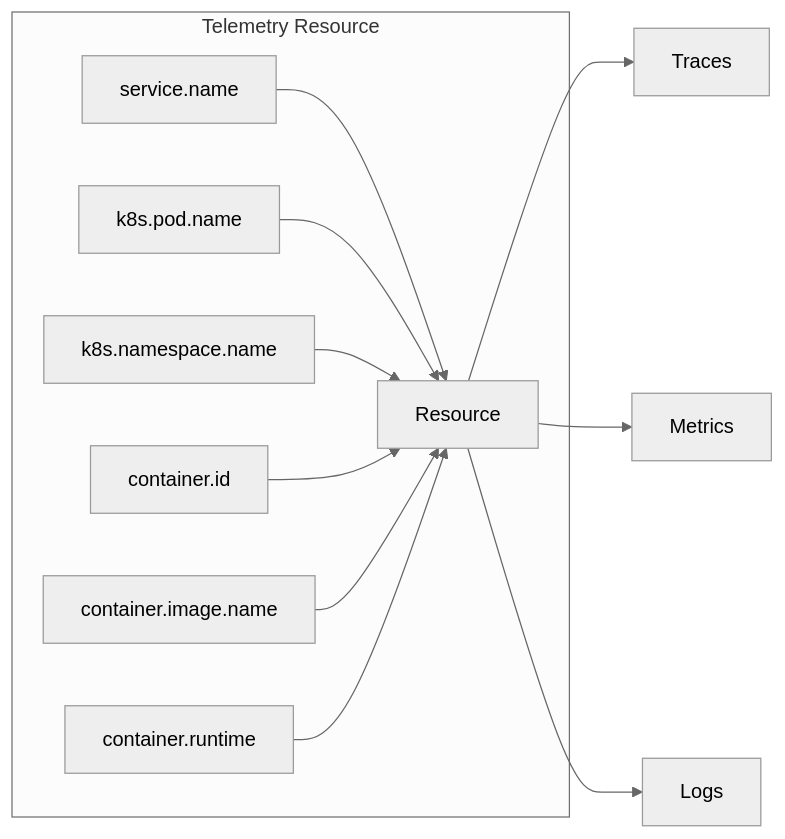
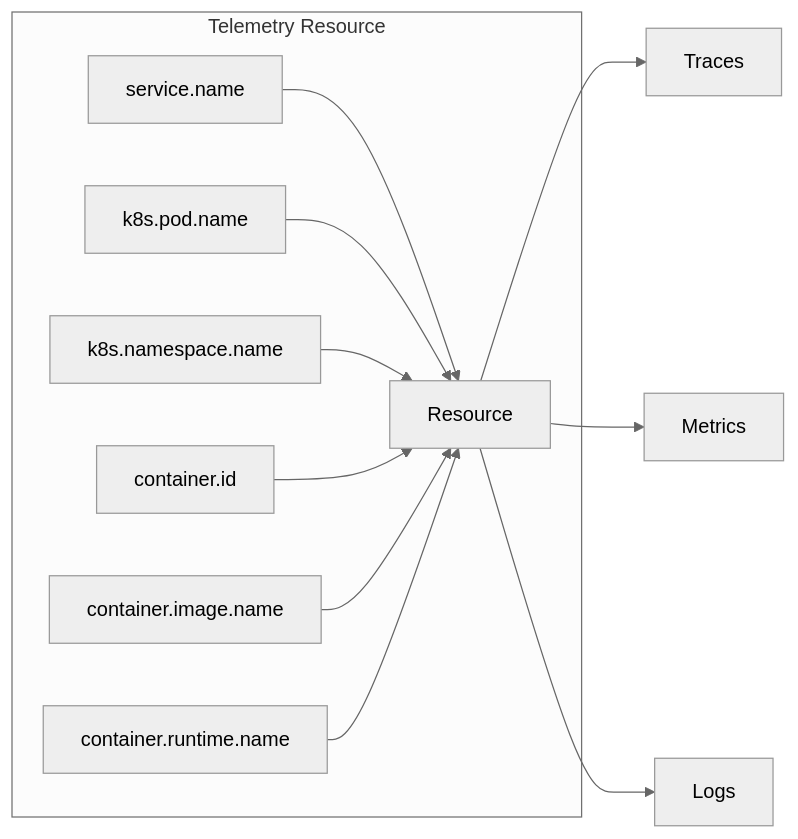
One commit to OneUptime/blog changed the first of 2 diagrams in posts/2026-02-06-container-runtime-semantic-conventions/README.md. Above: the diagram before and after it, drawn with Mermaid (neutral theme). The commit also changed other lines of this file and 2 other files, not shown here.

Commit message:
validate: 2026-02-06-container-runtime-semantic-conventions

````diff
--- a/posts/2026-02-06-container-runtime-semantic-conventions/README.md
+++ b/posts/2026-02-06-container-runtime-semantic-conventions/README.md
@@ -36,14 +36,14 @@
 ```mermaid
 graph LR
     subgraph "Telemetry Resource"
         A[service.name] --> R[Resource]
         B[k8s.pod.name] --> R
         C[k8s.namespace.name] --> R
         D[container.id] --> R
         E[container.image.name] --> R
-        F[container.runtime] --> R
+        F[container.runtime.name] --> R
     end
     R --> G[Traces]
     R --> H[Metrics]
     R --> I[Logs]
 ```
````
